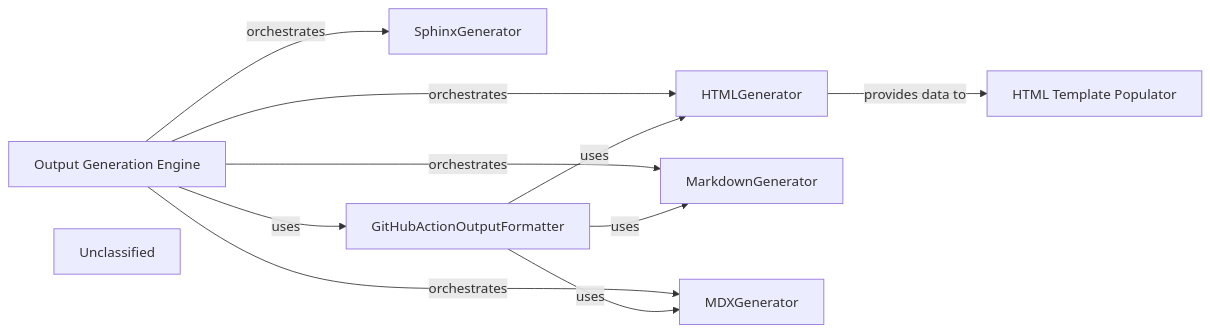
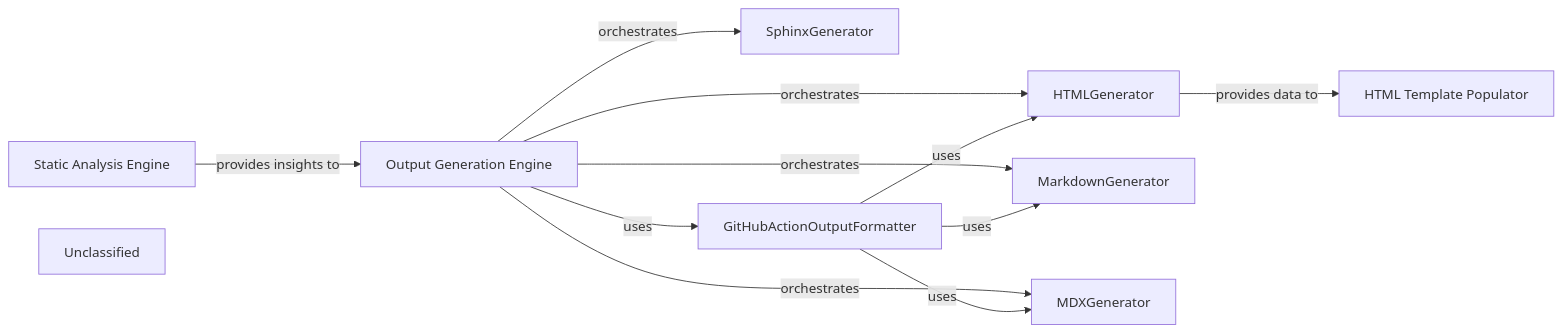
One commit to mariyam866/CodeBoarding changed the diagram in .codeboarding/Output_Generation_Engine.md. Above: the diagram before and after it, drawn with Mermaid. The commit also changed other lines of this file and 17 other files, not shown here.

First line of the commit message:
docs: update codeboarding documentation and generate architecture

````diff
--- a/.codeboarding/Output_Generation_Engine.md
+++ b/.codeboarding/Output_Generation_Engine.md
@@ -1,21 +1,24 @@
 ```mermaid
 graph LR
+    Static_Analysis_Engine["Static Analysis Engine"]
     Output_Generation_Engine["Output Generation Engine"]
     HTMLGenerator["HTMLGenerator"]
     MarkdownGenerator["MarkdownGenerator"]
     MDXGenerator["MDXGenerator"]
     SphinxGenerator["SphinxGenerator"]
     GitHubActionOutputFormatter["GitHubActionOutputFormatter"]
     HTML_Template_Populator["HTML Template Populator"]
     Unclassified["Unclassified"]
+    Static_Analysis_Engine -- "provides insights to" --> Output_Generation_Engine
     Output_Generation_Engine -- "orchestrates" --> HTMLGenerator
     Output_Generation_Engine -- "orchestrates" --> MarkdownGenerator
     Output_Generation_Engine -- "orchestrates" --> MDXGenerator
     Output_Generation_Engine -- "orchestrates" --> SphinxGenerator
     Output_Generation_Engine -- "uses" --> GitHubActionOutputFormatter
     HTMLGenerator -- "provides data to" --> HTML_Template_Populator
     GitHubActionOutputFormatter -- "uses" --> HTMLGenerator
     GitHubActionOutputFormatter -- "uses" --> MarkdownGenerator
     GitHubActionOutputFormatter -- "uses" --> MDXGenerator
+    click Static_Analysis_Engine href "https://github.com/CodeBoarding/CodeBoarding/blob/main/.codeboarding/Static_Analysis_Engine.md" "Details"
     click Output_Generation_Engine href "https://github.com/CodeBoarding/CodeBoarding/blob/main/.codeboarding/Output_Generation_Engine.md" "Details"
 ```
````
